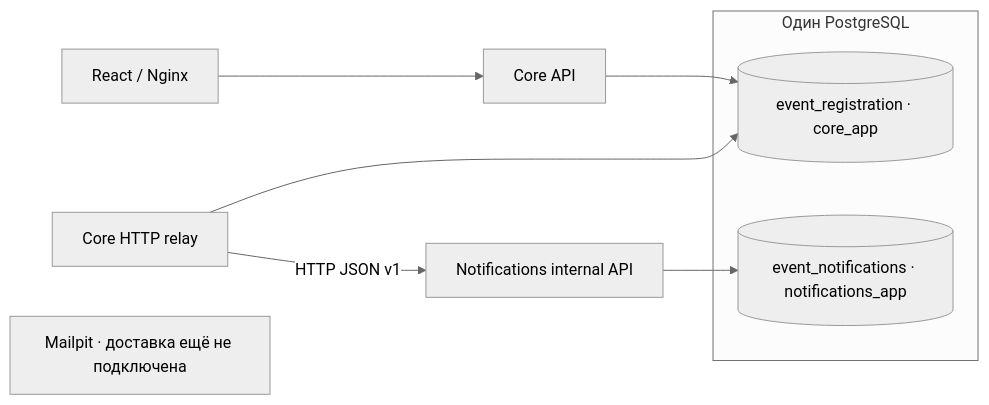
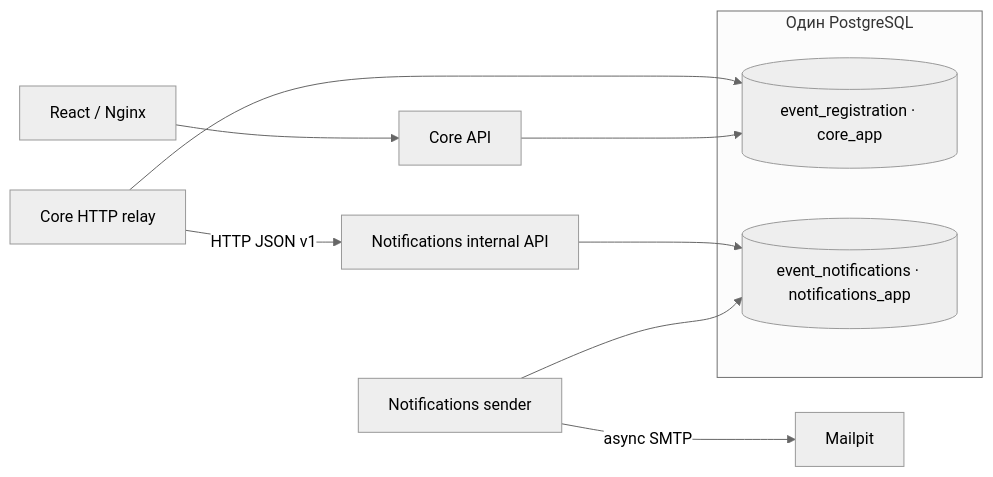
Before and after one commit to Bolat141101/event-registration: the diagram in docs/NOTIFICATIONS_INFRASTRUCTURE.md, drawn with Mermaid (neutral theme). The commit also changed other lines of this file and 29 other files, not shown here.

````diff
--- a/docs/NOTIFICATIONS_INFRASTRUCTURE.md
+++ b/docs/NOTIFICATIONS_INFRASTRUCTURE.md
@@ -19,13 +19,14 @@
 ```mermaid
 flowchart LR
     F[React / Nginx] --> C[Core API]
     W[Core HTTP relay] --> CD
     W -->|HTTP JSON v1| N
     C --> CD
     N[Notifications internal API] --> ND
     subgraph PG[Один PostgreSQL]
       CD[(event_registration · core_app)]
       ND[(event_notifications · notifications_app)]
     end
-    M[Mailpit · доставка ещё не подключена]
+    S[Notifications sender] --> ND
+    S -->|async SMTP| M[Mailpit]
 ```
````
